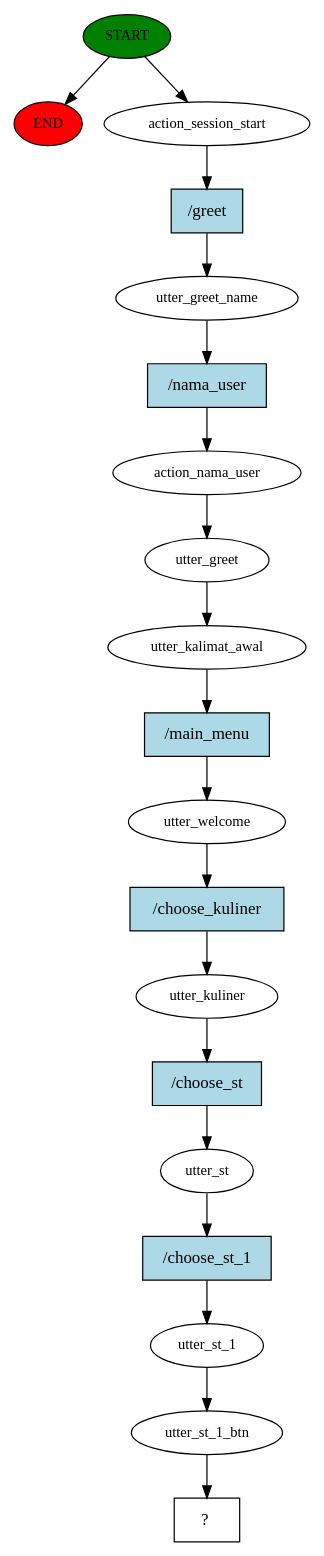
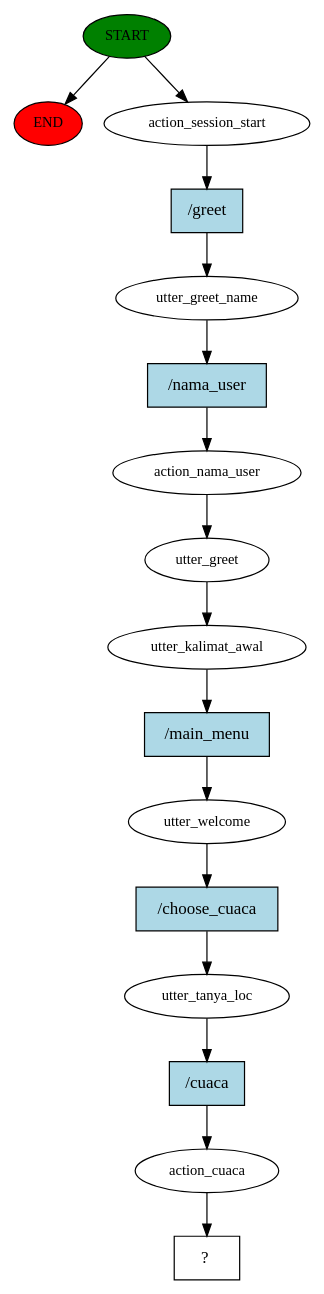
One commit to Metric-AI-Team/Chatbot_UlinYuk_RASA changed the diagram in story_graph.dot. Above: the diagram before and after it, drawn with Graphviz. The commit also changed 796 other files, not shown here.

```diff
--- a/story_graph.dot
+++ b/story_graph.dot
@@ -1,39 +1,33 @@
 digraph  {
 0 [class="start active", fillcolor=green, fontsize=12, label=START, style=filled];
 "-1" [class=end, fillcolor=red, fontsize=12, label=END, style=filled];
 1 [class=active, fontsize=12, label=action_session_start];
 2 [class=active, fontsize=12, label=utter_greet_name];
 3 [class=active, fontsize=12, label=action_nama_user];
 4 [class=active, fontsize=12, label=utter_greet];
 5 [class=active, fontsize=12, label=utter_kalimat_awal];
 6 [class=active, fontsize=12, label=utter_welcome];
-7 [class=active, fontsize=12, label=utter_kuliner];
-8 [class=active, fontsize=12, label=utter_st];
-9 [class=active, fontsize=12, label=utter_st_1];
-10 [class=active, fontsize=12, label=utter_st_1_btn];
-11 [class="intent dashed active", label="  ?  ", shape=rect];
-12 [class="intent active", fillcolor=lightblue, label="/greet", shape=rect, style=filled];
-13 [class="intent active", fillcolor=lightblue, label="/nama_user", shape=rect, style=filled];
-14 [class="intent active", fillcolor=lightblue, label="/main_menu", shape=rect, style=filled];
-15 [class="intent active", fillcolor=lightblue, label="/choose_kuliner", shape=rect, style=filled];
-16 [class="intent active", fillcolor=lightblue, label="/choose_st", shape=rect, style=filled];
-17 [class="intent active", fillcolor=lightblue, label="/choose_st_1", shape=rect, style=filled];
+7 [class=active, fontsize=12, label=utter_tanya_loc];
+8 [class=active, fontsize=12, label=action_cuaca];
+9 [class="intent dashed active", label="  ?  ", shape=rect];
+10 [class="intent active", fillcolor=lightblue, label="/greet", shape=rect, style=filled];
+11 [class="intent active", fillcolor=lightblue, label="/nama_user", shape=rect, style=filled];
+12 [class="intent active", fillcolor=lightblue, label="/main_menu", shape=rect, style=filled];
+13 [class="intent active", fillcolor=lightblue, label="/choose_cuaca", shape=rect, style=filled];
+14 [class="intent active", fillcolor=lightblue, label="/cuaca", shape=rect, style=filled];
 0 -> "-1"  [class="", key=NONE, label=""];
 0 -> 1  [class=active, key=NONE, label=""];
-1 -> 12  [class=active, key=0];
-2 -> 13  [class=active, key=0];
+1 -> 10  [class=active, key=0];
+2 -> 11  [class=active, key=0];
 3 -> 4  [class=active, key=NONE, label=""];
 4 -> 5  [class=active, key=NONE, label=""];
-5 -> 14  [class=active, key=0];
-6 -> 15  [class=active, key=0];
-7 -> 16  [class=active, key=0];
-8 -> 17  [class=active, key=0];
-9 -> 10  [class=active, key=NONE, label=""];
-10 -> 11  [class=active, key=NONE, label=""];
-12 -> 2  [class=active, key=0];
-13 -> 3  [class=active, key=0];
-14 -> 6  [class=active, key=0];
-15 -> 7  [class=active, key=0];
-16 -> 8  [class=active, key=0];
-17 -> 9  [class=active, key=0];
+5 -> 12  [class=active, key=0];
+6 -> 13  [class=active, key=0];
+7 -> 14  [class=active, key=0];
+8 -> 9  [class=active, key=NONE, label=""];
+10 -> 2  [class=active, key=0];
+11 -> 3  [class=active, key=0];
+12 -> 6  [class=active, key=0];
+13 -> 7  [class=active, key=0];
+14 -> 8  [class=active, key=0];
 }
```
